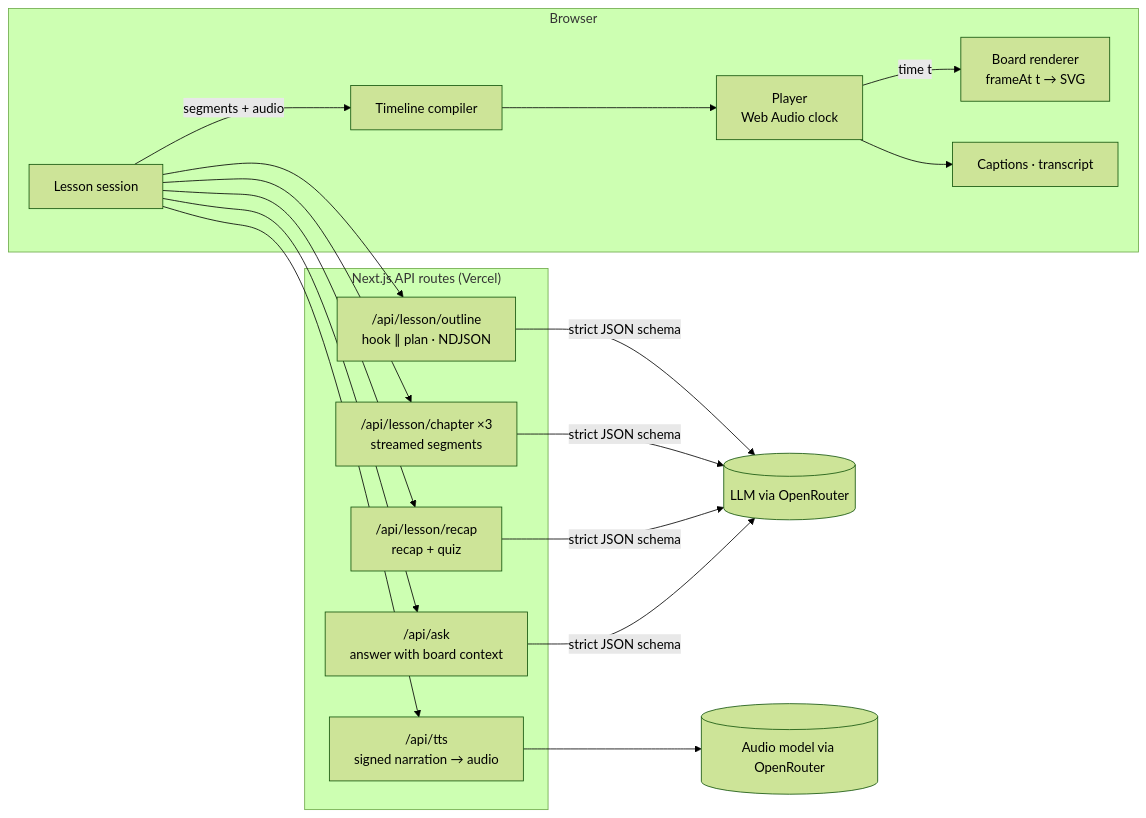
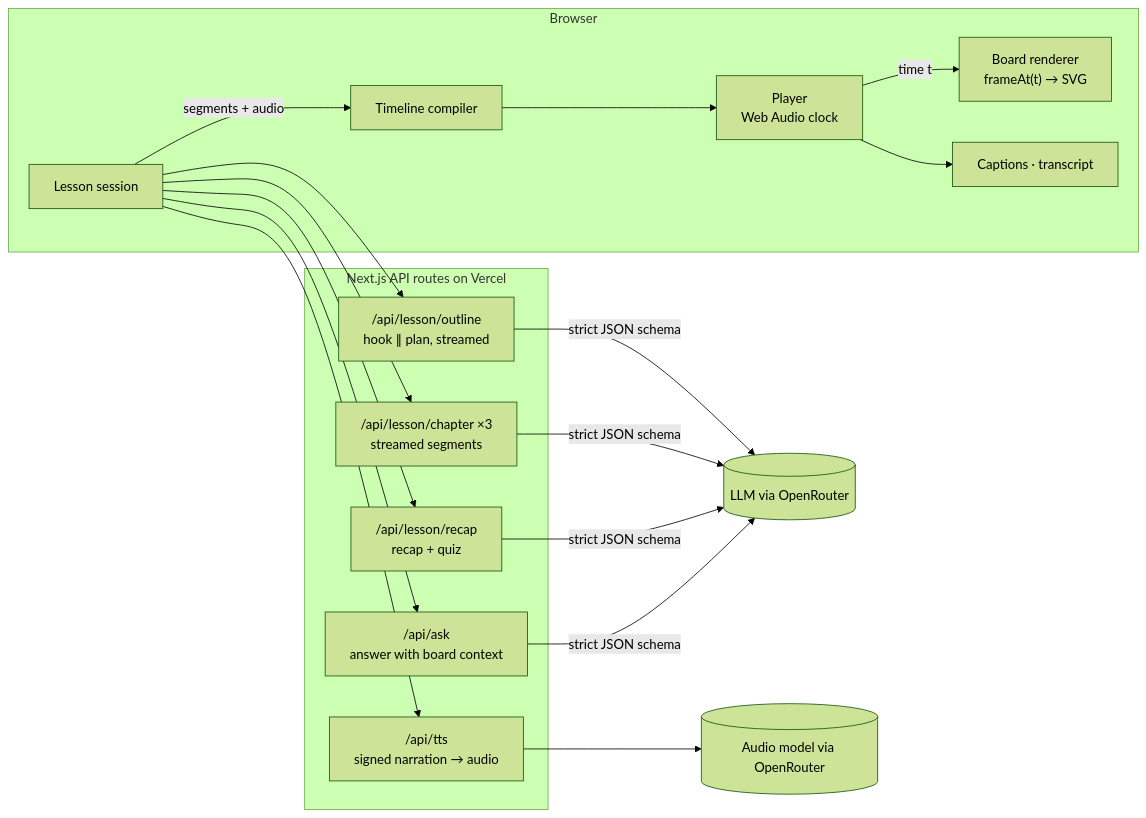
One commit to zynoxprince/ChalkTalk changed the diagram in README.md. Above: the diagram before and after it, drawn with Mermaid (forest theme). The commit also changed other lines of this file and 1 other file, not shown here.

Commit message:
Docs: Mermaid line breaks for GitHub, describe the plan-first stream
Claude-Session: https://claude.ai/code/session_01JpENE2pPguZxFzZwjRhESg

````diff
--- a/README.md
+++ b/README.md
@@ -71,19 +71,19 @@
 ```mermaid
 flowchart LR
   subgraph Browser
     S[Lesson session] -->|segments + audio| T[Timeline compiler]
-    T --> P[Player\nWeb Audio clock]
-    P -->|time t| B[Board renderer\nframeAt t → SVG]
-    P --> C[Captions · transcript]
+    T --> P["Player<br/>Web Audio clock"]
+    P -->|time t| B["Board renderer<br/>frameAt(t) → SVG"]
+    P --> C["Captions · transcript"]
   end
-  subgraph API["Next.js API routes (Vercel)"]
-    O["/api/lesson/outline\nhook ∥ plan · NDJSON"]
-    CH["/api/lesson/chapter ×3\nstreamed segments"]
-    R["/api/lesson/recap\nrecap + quiz"]
-    A["/api/ask\nanswer with board context"]
-    V["/api/tts\nsigned narration → audio"]
+  subgraph API["Next.js API routes on Vercel"]
+    O["/api/lesson/outline<br/>hook ∥ plan, streamed"]
+    CH["/api/lesson/chapter ×3<br/>streamed segments"]
+    R["/api/lesson/recap<br/>recap + quiz"]
+    A["/api/ask<br/>answer with board context"]
+    V["/api/tts<br/>signed narration → audio"]
   end
   S --> O & CH & R & A & V
-  O & CH & R & A -->|strict JSON schema| L[(LLM via OpenRouter)]
-  V --> M[(Audio model via OpenRouter)]
+  O & CH & R & A -->|strict JSON schema| L[("LLM via OpenRouter")]
+  V --> M[("Audio model via OpenRouter")]
 ```
````
